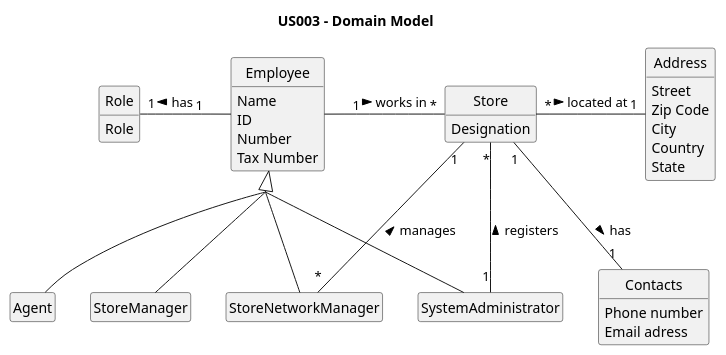
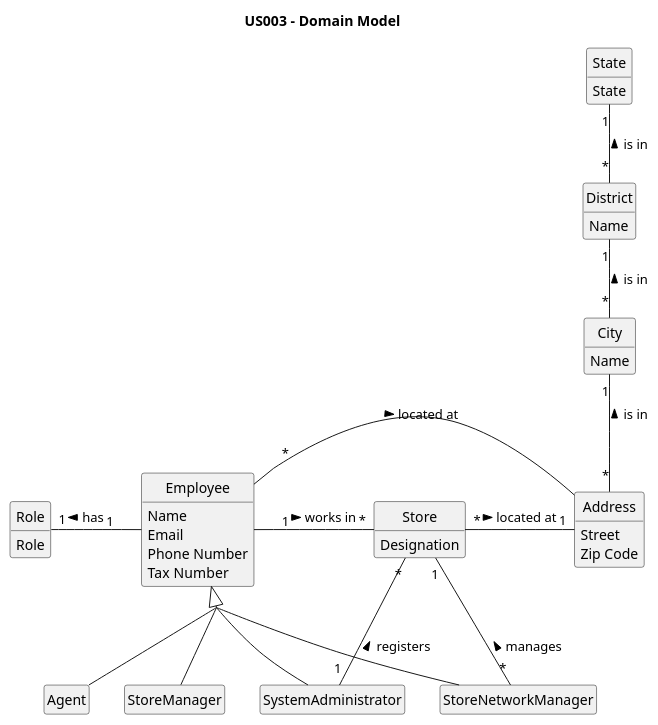
The diagram in docs/sprintB/US03/02.analysis/puml/us03-domain-model.puml (PureNimble/ISEP-LAPR2), drawn with PlantUML before and after one commit.

Commit message:
Updating US03 Domain Model-Sprint B

```diff
--- a/docs/sprintB/US03/02.analysis/puml/us03-domain-model.puml
+++ b/docs/sprintB/US03/02.analysis/puml/us03-domain-model.puml
@@ -1,82 +1,92 @@
 @startuml
 'https://plantuml.com/class-diagram
 
 title US003 - Domain Model
 
 skinparam monochrome true
 skinparam packageStyle rectangle
 skinparam shadowing false
 hide empty members
 skinparam groupInheritance 3
 hide circle
-
-class Contacts
 
 class SystemAdministrator
 
 class Employee
 
 class Role
 
 class SystemAdministrator
 
 class Agent
 
 class StoreManager
 
 class StoreNetworkManager
 
 class Store
 
 class Address
 
 class Role {
 Role
 }
 
 class Store {
 Designation
 
 }
 
 class Address {
 Street
 Zip Code
-City
-Country
+}
+
+class District{
+Name
+}
+
+class City{
+Name
+}
+
+class State{
 State
 }
 
 class SystemAdministrator {
 }
 
 class Employee {
 Name
-ID
-Number
+Email
+Phone Number
 Tax Number
 }
 
-class Contacts {
-Phone number
-Email adress
-}
+
+
 
 Employee <|-- Agent
 Employee <|-- StoreNetworkManager
 Employee <|-- StoreManager
 Employee <|-- SystemAdministrator
 
 SystemAdministrator "1" -left- "*" Store : registers >
 
 Store "*" - "1" Address : located at >
 Employee "1" - "*" Store : works in >
-Store "1" -- "1" Contacts: has >
 
 Employee "1" -left "1" Role : has >
 
 Store "1" -- "*" StoreNetworkManager : manages <
 
+City "1" -- "*" Address : is in <
 
+District "1" -- "*" City : is in <
+
+State "1" -- "*" District :is in <
+
+Employee "*" - Address: located at >
 
 @enduml
```
